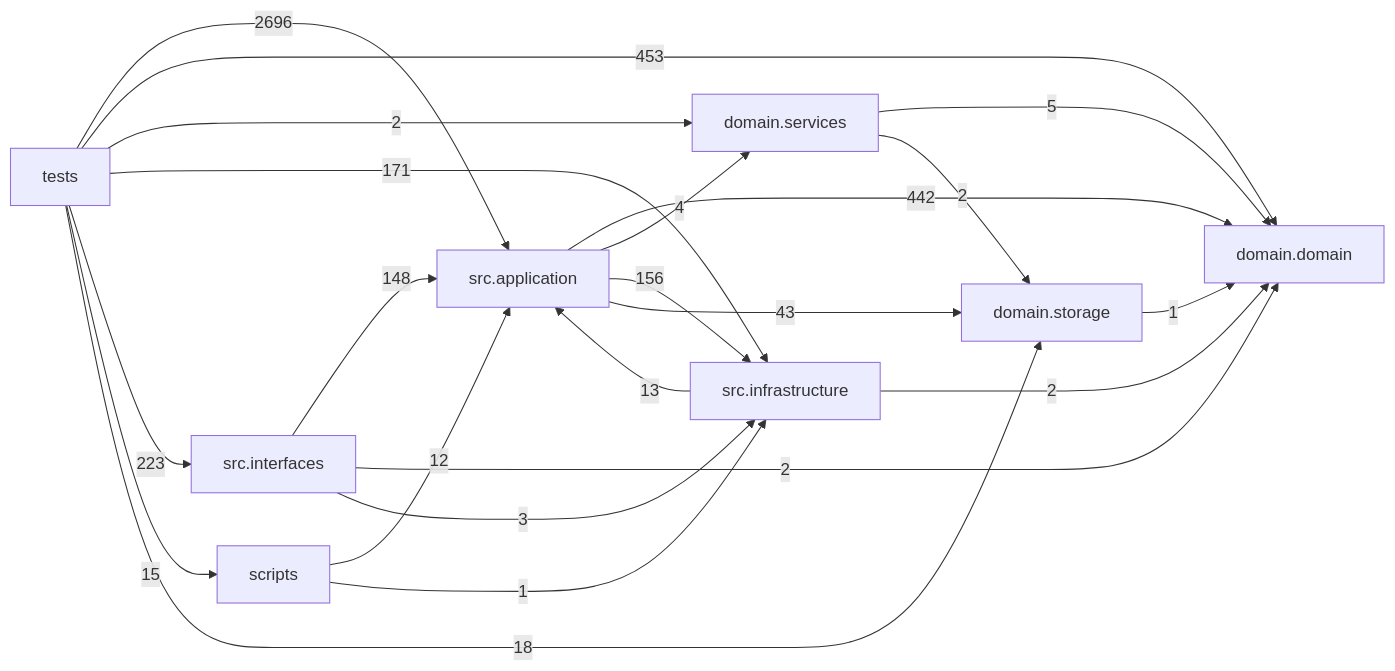
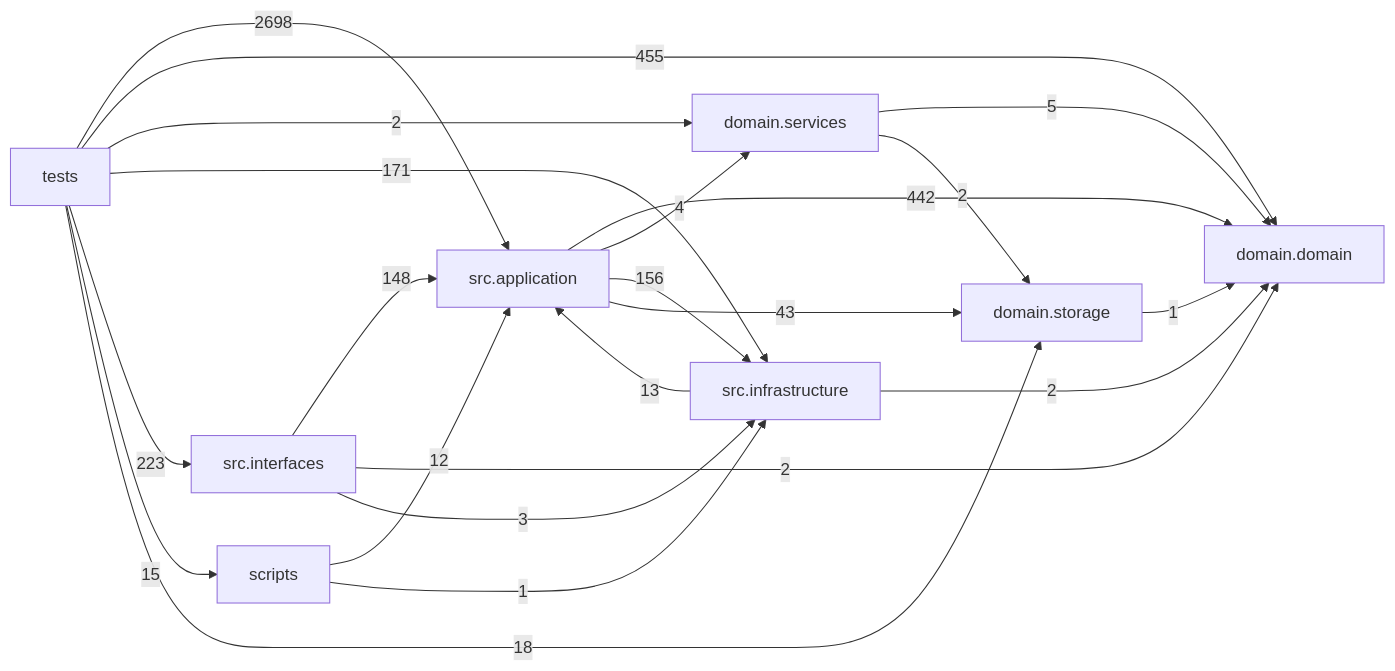
The diagram in docs/DEPENDENCY_GRAPH.md (liuxie066/options-monitor), drawn with Mermaid before and after one commit. The commit also changed other lines of this file, not shown here.

Commit message:
docs(graph): refresh dependency graph

````diff
--- a/docs/DEPENDENCY_GRAPH.md
+++ b/docs/DEPENDENCY_GRAPH.md
@@ -24,32 +24,32 @@
 ```mermaid
 flowchart LR
   tests["tests"]
   scripts["scripts"]
   interfaces["src.interfaces"]
   application["src.application"]
   infrastructure["src.infrastructure"]
   domain_services["domain.services"]
   domain["domain.domain"]
   storage["domain.storage"]
   application -->|442| domain
   application -->|4| domain_services
   application -->|156| infrastructure
   application -->|43| storage
   domain_services -->|5| domain
   domain_services -->|2| storage
   infrastructure -->|13| application
   infrastructure -->|2| domain
   interfaces -->|148| application
   interfaces -->|2| domain
   interfaces -->|3| infrastructure
   scripts -->|12| application
   scripts -->|1| infrastructure
   storage -->|1| domain
-  tests -->|2696| application
-  tests -->|453| domain
+  tests -->|2698| application
+  tests -->|455| domain
   tests -->|2| domain_services
   tests -->|171| infrastructure
   tests -->|223| interfaces
   tests -->|15| scripts
   tests -->|18| storage
 ```
````
